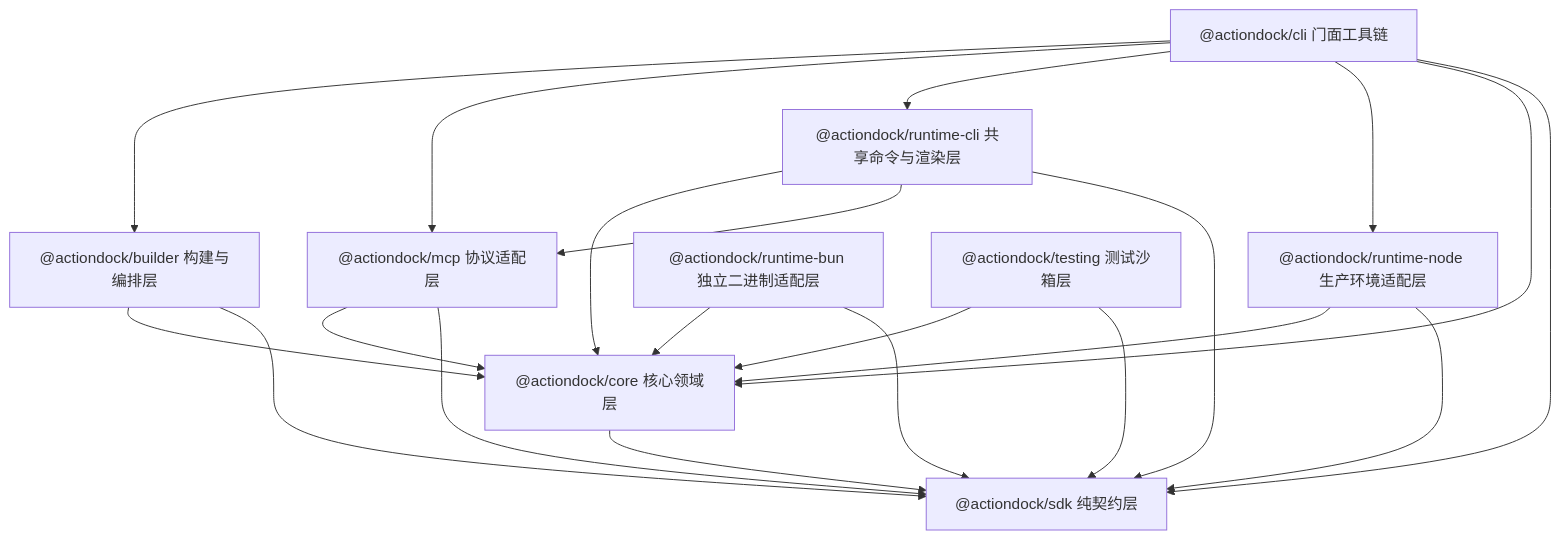
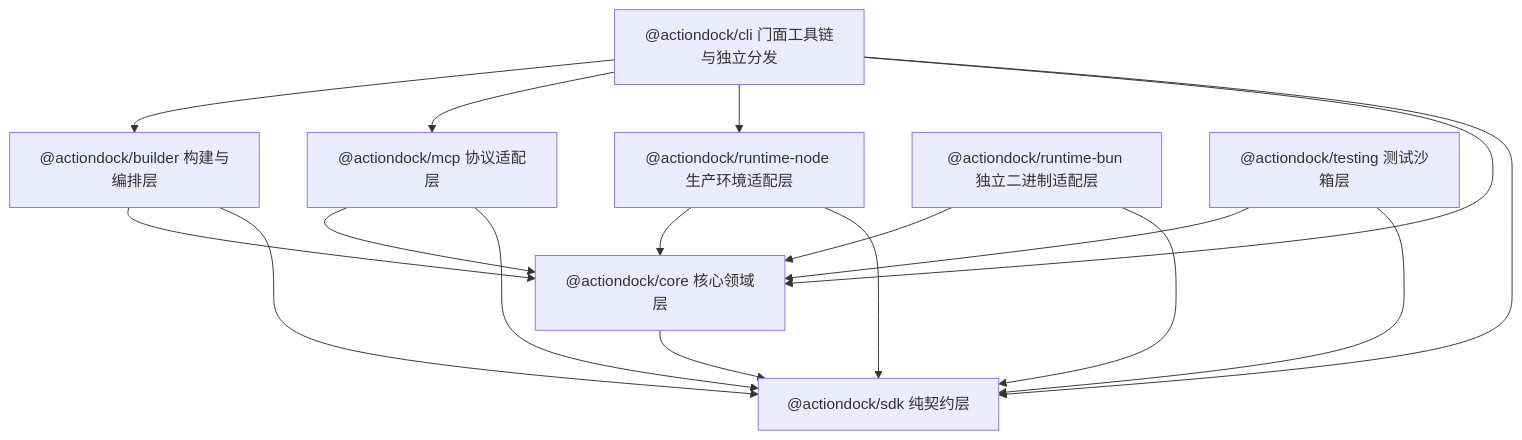
Before and after one commit to team4u/actiondock: the second of 3 diagrams in docs/getting-started/overview.md, drawn with Mermaid. The commit also changed other lines of this file and 135 other files, not shown here.

Commit message:
refactor(cli): absorb runtime-cli, unify top-level commands and introduce standalone dispatcher

````diff
--- a/docs/getting-started/overview.md
+++ b/docs/getting-started/overview.md
@@ -68,40 +68,34 @@
 ```mermaid
 graph TD
-    CLI["@actiondock/cli 门面工具链"]
+    CLI["@actiondock/cli 门面工具链与独立分发"]
     BUILDER["@actiondock/builder 构建与编排层"]
     MCP["@actiondock/mcp 协议适配层"]
-    RUNTIME_CLI["@actiondock/runtime-cli 共享命令与渲染层"]
     RUNTIME_NODE["@actiondock/runtime-node 生产环境适配层"]
     RUNTIME_BUN["@actiondock/runtime-bun 独立二进制适配层"]
     TESTING["@actiondock/testing 测试沙箱层"]
     CORE["@actiondock/core 核心领域层"]
     SDK["@actiondock/sdk 纯契约层"]
 
     CLI --> BUILDER
     CLI --> MCP
-    CLI --> RUNTIME_CLI
     CLI --> RUNTIME_NODE
     CLI --> CORE
     CLI --> SDK
 
     BUILDER --> CORE
     BUILDER --> SDK
 
     MCP --> CORE
     MCP --> SDK
-
-    RUNTIME_CLI --> CORE
-    RUNTIME_CLI --> MCP
-    RUNTIME_CLI --> SDK
 
     RUNTIME_NODE --> CORE
     RUNTIME_NODE --> SDK
 
     RUNTIME_BUN --> CORE
     RUNTIME_BUN --> SDK
 
     TESTING --> CORE
     TESTING --> SDK
 
     CORE --> SDK
 ```
````
